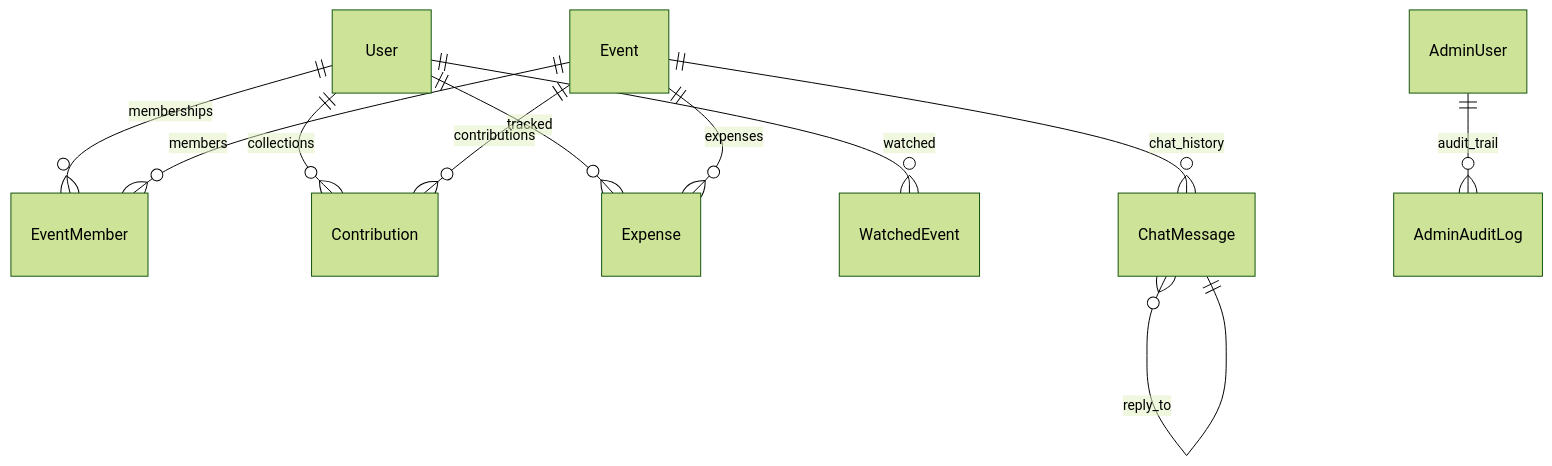
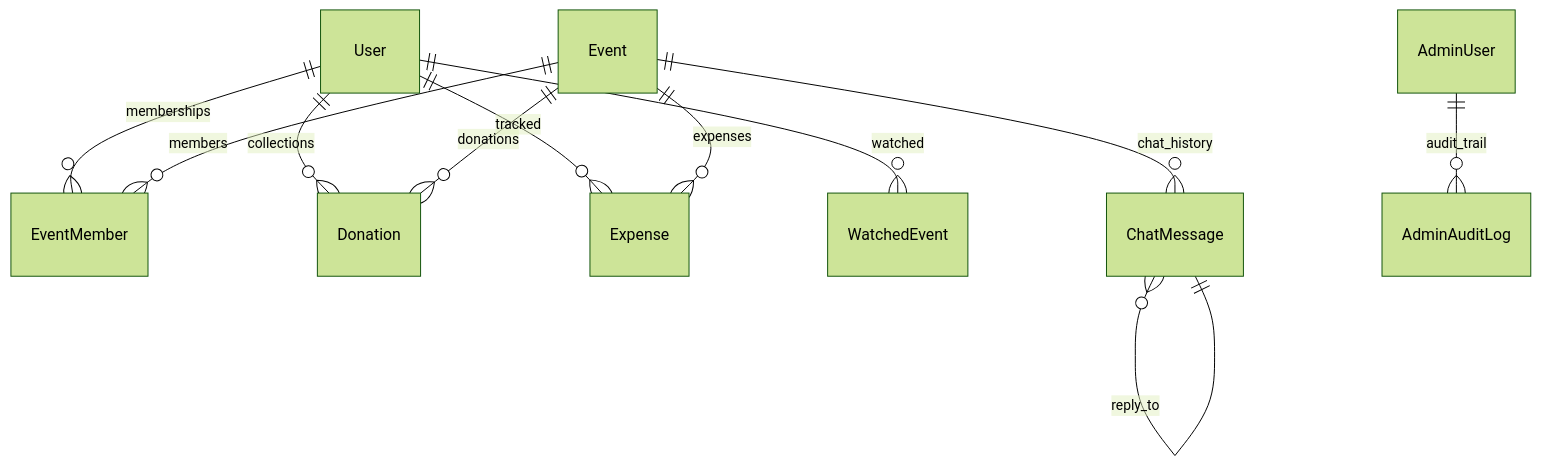
The diagram in docs/database.md (mohanreddybodha/Notepay), drawn with Mermaid (forest theme) before and after one commit. The commit also changed other lines of this file and 9 other files, not shown here.

````diff
--- a/docs/database.md
+++ b/docs/database.md
@@ -59,13 +59,13 @@
 ```mermaid
 erDiagram
     User ||--o{ EventMember : memberships
-    User ||--o{ Contribution : collections
+    User ||--o{ Donation : collections
     User ||--o{ Expense : tracked
     User ||--o{ WatchedEvent : watched
     Event ||--o{ EventMember : members
-    Event ||--o{ Contribution : contributions
+    Event ||--o{ Donation : donations
     Event ||--o{ Expense : expenses
     Event ||--o{ ChatMessage : chat_history
     ChatMessage }o--|| ChatMessage : reply_to
     AdminUser ||--o{ AdminAuditLog : audit_trail
 ```
````
